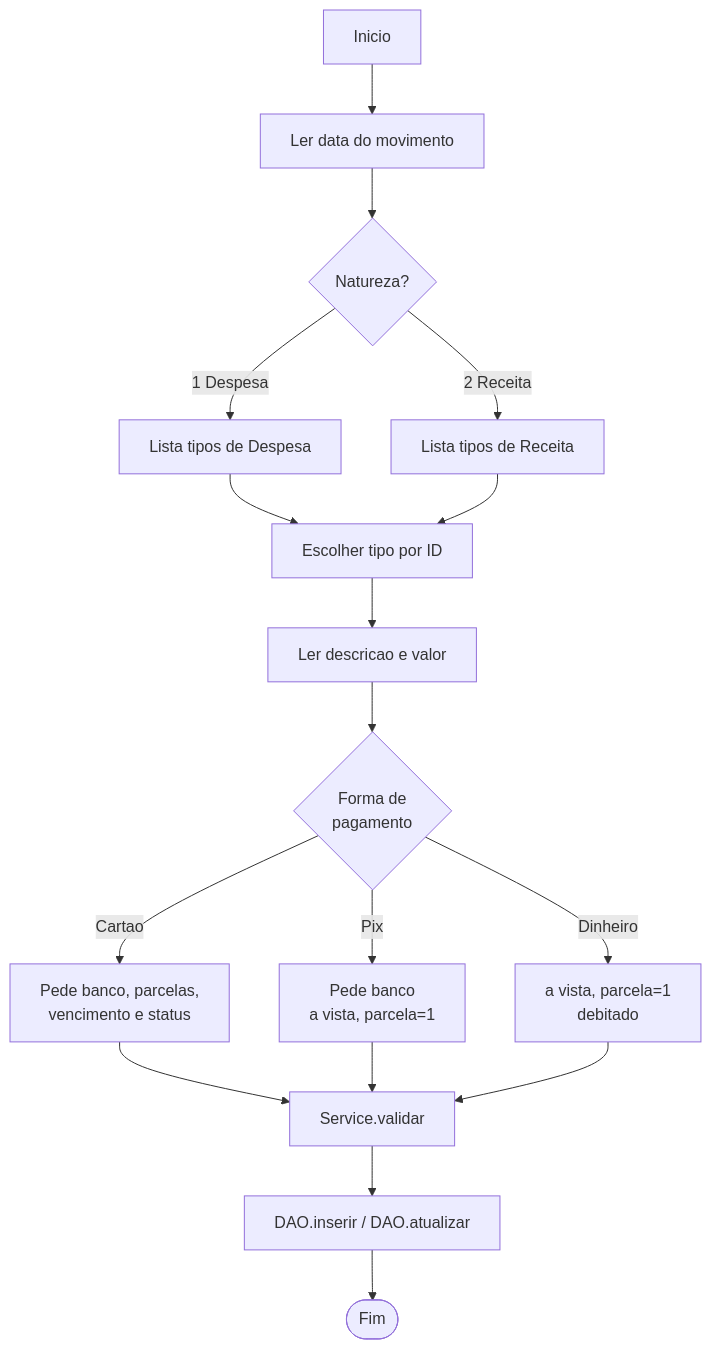
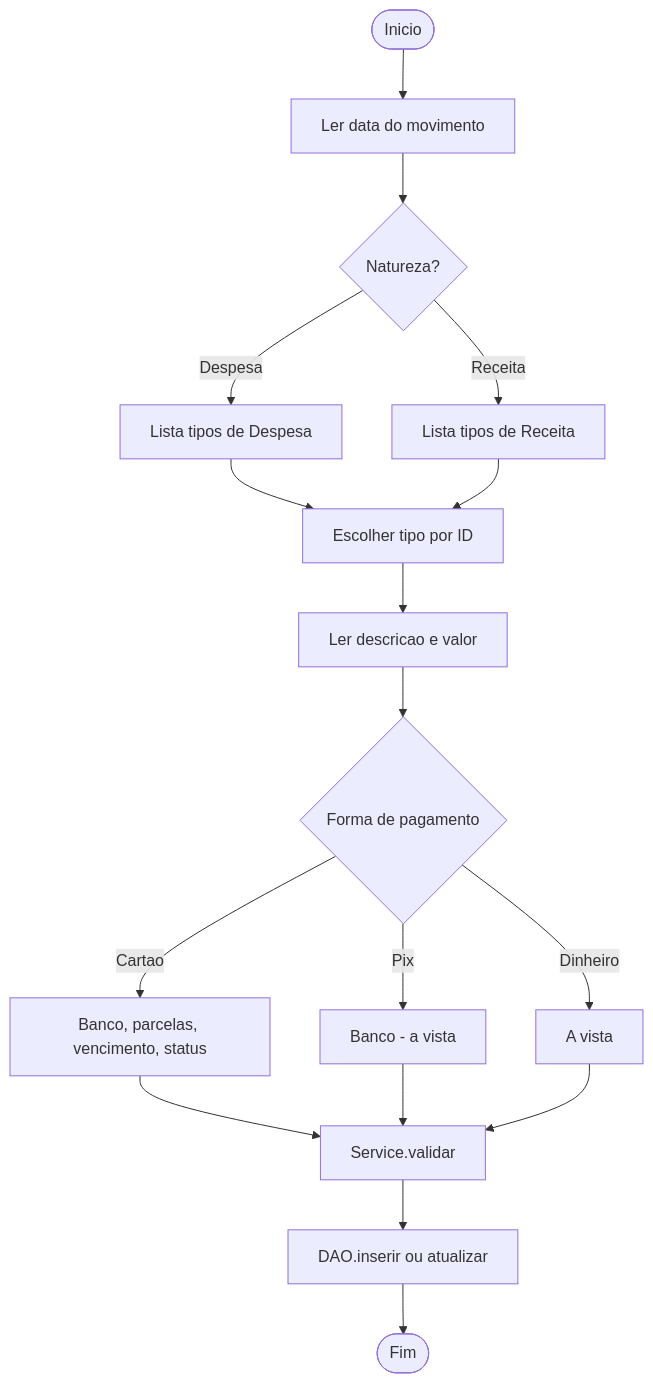
The third of 4 diagrams in README.md (guilhermelorec/financeApp), drawn with Mermaid before and after one commit. The commit also changed other lines of this file and 6 other files, not shown here.

````diff
--- a/README.md
+++ b/README.md
@@ -64,19 +53,19 @@
 ```mermaid
 flowchart TD
-    A[Inicio] --> B[Ler data do movimento]
+    A([Inicio]) --> B[Ler data do movimento]
     B --> C{Natureza?}
-    C -->|1 Despesa| D[Lista tipos de Despesa]
-    C -->|2 Receita| E[Lista tipos de Receita]
+    C -->|Despesa| D[Lista tipos de Despesa]
+    C -->|Receita| E[Lista tipos de Receita]
     D --> F[Escolher tipo por ID]
     E --> F
     F --> G[Ler descricao e valor]
-    G --> H{Forma de<br/>pagamento}
-    H -->|Cartao| I[Pede banco, parcelas,<br/>vencimento e status]
-    H -->|Pix| J[Pede banco<br/>a vista, parcela=1]
-    H -->|Dinheiro| K[a vista, parcela=1<br/>debitado]
+    G --> H{Forma de pagamento}
+    H -->|Cartao| I["Banco, parcelas, vencimento, status"]
+    H -->|Pix| J[Banco - a vista]
+    H -->|Dinheiro| K[A vista]
     I --> L[Service.validar]
     J --> L
     K --> L
-    L --> M[DAO.inserir / DAO.atualizar]
+    L --> M[DAO.inserir ou atualizar]
     M --> N([Fim])
 ```
````
